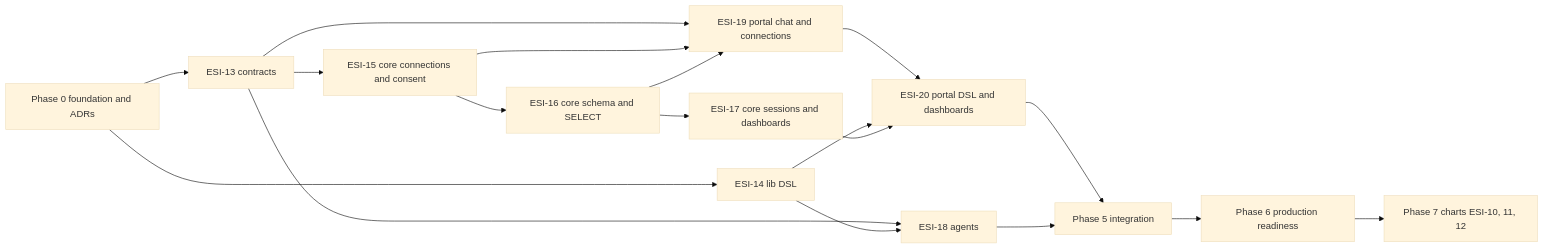
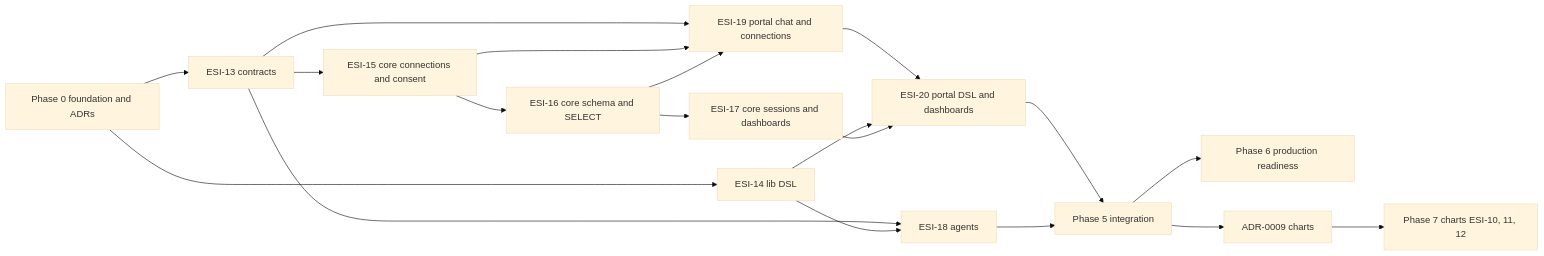
One commit to dtnam0899/edge-side-includes changed the diagram in docs/plan/README.md. Above: the diagram before and after it, drawn with Mermaid (base theme). The commit also changed other lines of this file and 12 other files, not shown here.

````diff
--- a/docs/plan/README.md
+++ b/docs/plan/README.md
@@ -30,20 +38,21 @@
 ```mermaid
 flowchart LR
   P0[Phase 0 foundation and ADRs] --> E13[ESI-13 contracts]
   P0 --> E14[ESI-14 lib DSL]
   E13 --> E15[ESI-15 core connections and consent]
   E15 --> E16[ESI-16 core schema and SELECT]
   E16 --> E17[ESI-17 core sessions and dashboards]
   E13 --> E18[ESI-18 agents]
   E14 --> E18
   E13 --> E19[ESI-19 portal chat and connections]
   E15 --> E19
   E16 --> E19
   E19 --> E20[ESI-20 portal DSL and dashboards]
   E14 --> E20
   E17 --> E20
   E20 --> INT[Phase 5 integration]
   E18 --> INT
   INT --> PROD[Phase 6 production readiness]
-  PROD --> CH[Phase 7 charts ESI-10, 11, 12]
+  INT --> ADR9[ADR-0009 charts]
+  ADR9 --> CH[Phase 7 charts ESI-10, 11, 12]
 ```
````
